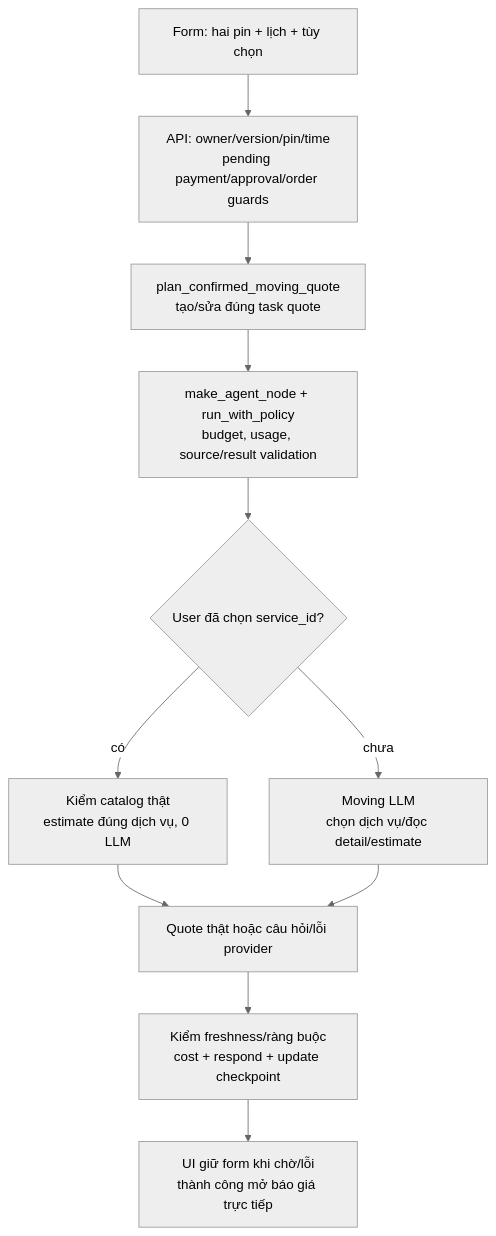
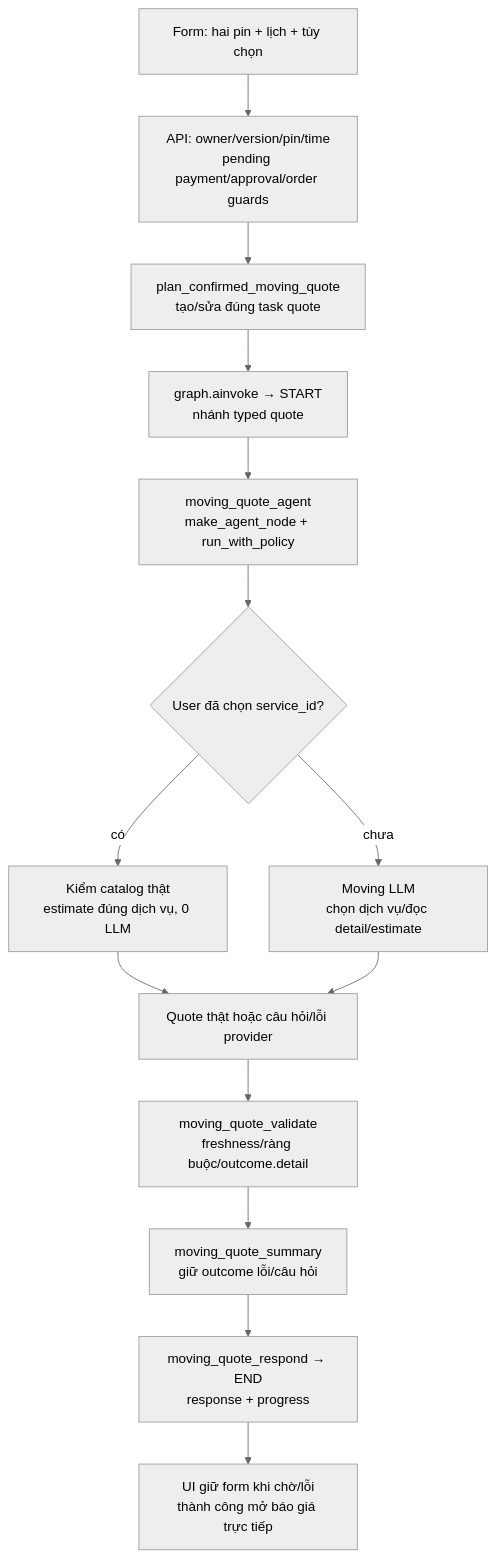
The fourth of 4 diagrams in docs/architecture/mvp-architecture.md (the-liems/relohome), drawn with Mermaid (neutral theme) before and after one commit. The commit also changed other lines of this file and 8 other files, not shown here.

Commit message:
refactor(agent): execute quote forms through a dedicated graph branch

````diff
--- a/docs/architecture/mvp-architecture.md
+++ b/docs/architecture/mvp-architecture.md
@@ -370,13 +370,16 @@
 ```mermaid
 flowchart TD
   FORM["Form: hai pin + lịch + tùy chọn"] --> GUARD["API: owner/version/pin/time<br/>pending payment/approval/order guards"]
   GUARD --> TASK["plan_confirmed_moving_quote<br/>tạo/sửa đúng task quote"]
-  TASK --> POLICY["make_agent_node + run_with_policy<br/>budget, usage, source/result validation"]
+  TASK --> ENTRY["graph.ainvoke → START<br/>nhánh typed quote"]
+  ENTRY --> POLICY["moving_quote_agent<br/>make_agent_node + run_with_policy"]
   POLICY --> CHOICE{"User đã chọn service_id?"}
   CHOICE -->|"có"| EXACT["Kiểm catalog thật<br/>estimate đúng dịch vụ, 0 LLM"]
   CHOICE -->|"chưa"| AUTO["Moving LLM<br/>chọn dịch vụ/đọc detail/estimate"]
   EXACT --> RESULT["Quote thật hoặc câu hỏi/lỗi provider"]
   AUTO --> RESULT
-  RESULT --> STATE["Kiểm freshness/ràng buộc<br/>cost + respond + update checkpoint"]
+  RESULT --> VALIDATE["moving_quote_validate<br/>freshness/ràng buộc/outcome.detail"]
+  VALIDATE --> SUMMARY["moving_quote_summary<br/>giữ outcome lỗi/câu hỏi"]
+  SUMMARY --> STATE["moving_quote_respond → END<br/>response + progress"]
   STATE --> VIEW["UI giữ form khi chờ/lỗi<br/>thành công mở báo giá trực tiếp"]
 ```
````
